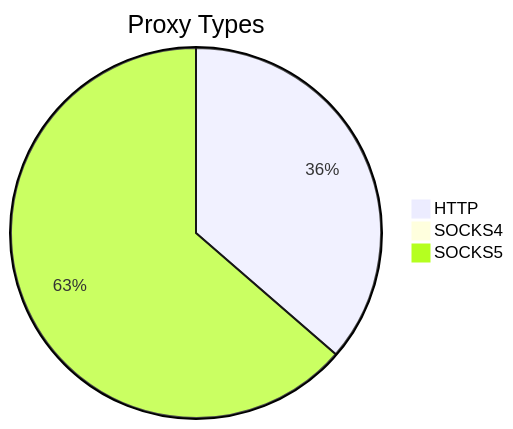
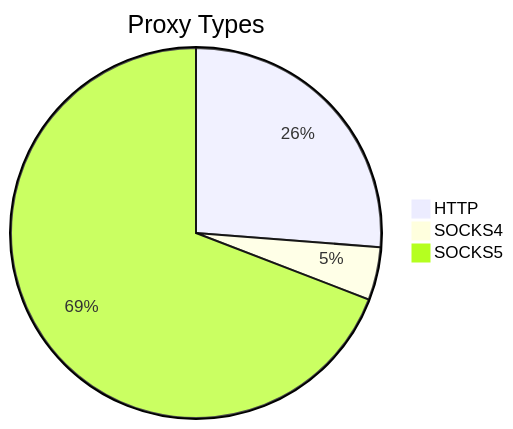
Before and after one commit to stormsia/proxy-list: the first of 2 diagrams in README.md, drawn with Mermaid. The commit also changed other lines of this file, not shown here.

````diff
--- a/README.md
+++ b/README.md
@@ -21,6 +21,6 @@
 ```mermaid
 pie title Proxy Types
-    "HTTP" : 486
-    "SOCKS4" : 11
-    "SOCKS5" : 850
+    "HTTP" : 511
+    "SOCKS4" : 90
+    "SOCKS5" : 1347
 ```
````
